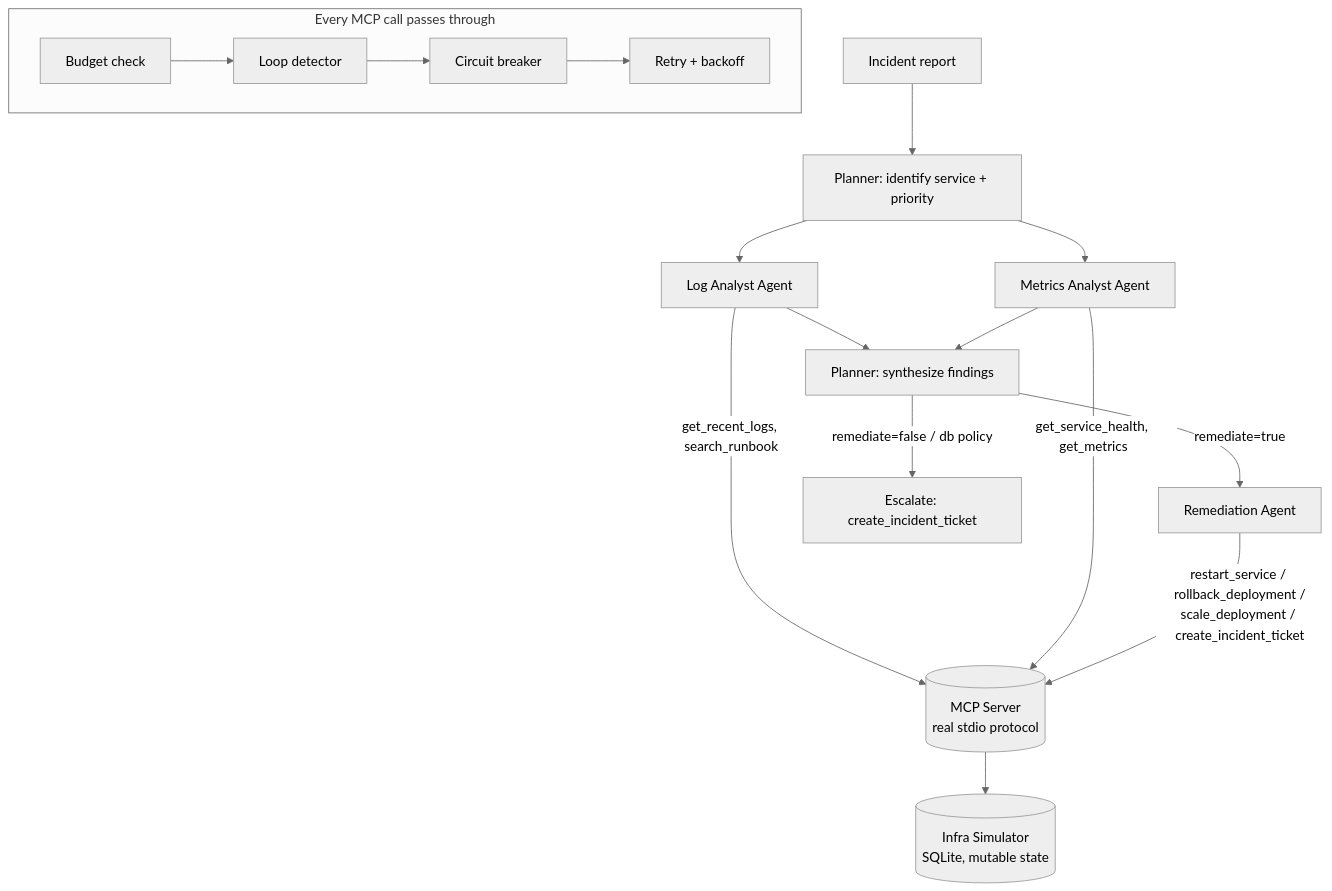
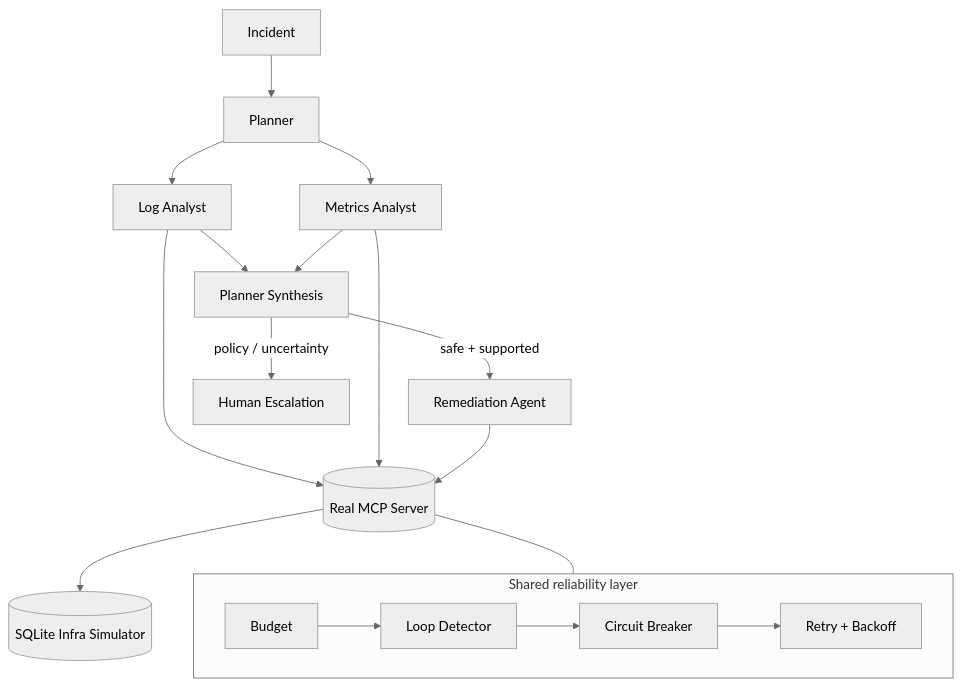
One commit to Rollins1989/devops-triage-agent changed the diagram in README.md. Above: the diagram before and after it, drawn with Mermaid (neutral theme). The commit also changed other lines of this file, not shown here.

````diff
--- a/README.md
+++ b/README.md
@@ -68,19 +25,20 @@
 ```mermaid
 flowchart TD
-    U[Incident report] --> P1[Planner: identify service + priority]
-    P1 --> LA[Log Analyst Agent]
-    P1 --> MA[Metrics Analyst Agent]
-    LA -->|get_recent_logs, search_runbook| MCP[(MCP Server<br/>real stdio protocol)]
-    MA -->|get_service_health, get_metrics| MCP
-    LA --> P2[Planner: synthesize findings]
-    MA --> P2
-    P2 -->|remediate=true| RA[Remediation Agent]
-    P2 -->|remediate=false / db policy| ESC[Escalate: create_incident_ticket]
-    RA -->|restart_service / rollback_deployment /<br/>scale_deployment / create_incident_ticket| MCP
-    MCP --> SIM[(Infra Simulator<br/>SQLite, mutable state)]
+    U[Incident] --> P[Planner]
+    P --> LA[Log Analyst]
+    P --> MA[Metrics Analyst]
+    LA --> MCP[(Real MCP Server)]
+    MA --> MCP
+    MCP --> SIM[(SQLite Infra Simulator)]
+    LA --> S[Planner Synthesis]
+    MA --> S
+    S -->|safe + supported| R[Remediation Agent]
+    S -->|policy / uncertainty| E[Human Escalation]
+    R --> MCP
 
-    subgraph Reliability["Every MCP call passes through"]
-        direction LR
-        R1[Budget check] --> R2[Loop detector] --> R3[Circuit breaker] --> R4[Retry + backoff]
+    subgraph G[Shared reliability layer]
+      B[Budget] --> L[Loop Detector] --> C[Circuit Breaker] --> X[Retry + Backoff]
     end
+
+    MCP --- G
 ```
````
